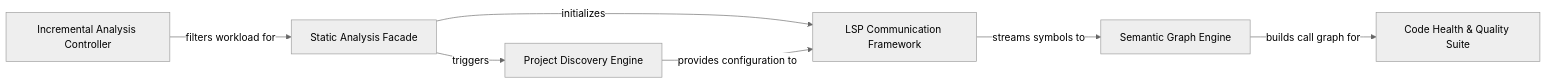
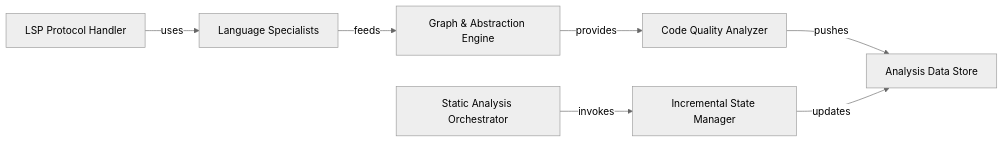
Before and after one commit to CodeBoarding/CodeBoarding: the diagram in .codeboarding/Static_Code_Analyzer.md, drawn with Mermaid (neutral theme). The commit also changed other lines of this file and 6 other files, not shown here.

````diff
--- a/.codeboarding/Static_Code_Analyzer.md
+++ b/.codeboarding/Static_Code_Analyzer.md
@@ -1,15 +1,16 @@
 ```mermaid
 graph LR
-    Static_Analysis_Facade["Static Analysis Facade"]
-    Project_Discovery_Engine["Project Discovery Engine"]
-    LSP_Communication_Framework["LSP Communication Framework"]
-    Semantic_Graph_Engine["Semantic Graph Engine"]
-    Code_Health_Quality_Suite["Code Health & Quality Suite"]
-    Incremental_Analysis_Controller["Incremental Analysis Controller"]
-    Static_Analysis_Facade -- "triggers" --> Project_Discovery_Engine
-    Static_Analysis_Facade -- "initializes" --> LSP_Communication_Framework
-    Project_Discovery_Engine -- "provides configuration to" --> LSP_Communication_Framework
-    LSP_Communication_Framework -- "streams symbols to" --> Semantic_Graph_Engine
-    Semantic_Graph_Engine -- "builds call graph for" --> Code_Health_Quality_Suite
-    Incremental_Analysis_Controller -- "filters workload for" --> Static_Analysis_Facade
+    Static_Analysis_Orchestrator["Static Analysis Orchestrator"]
+    LSP_Protocol_Handler["LSP Protocol Handler"]
+    Language_Specialists["Language Specialists"]
+    Incremental_State_Manager["Incremental State Manager"]
+    Graph_Abstraction_Engine["Graph & Abstraction Engine"]
+    Code_Quality_Analyzer["Code Quality Analyzer"]
+    Analysis_Data_Store["Analysis Data Store"]
+    Static_Analysis_Orchestrator -- "invokes" --> Incremental_State_Manager
+    LSP_Protocol_Handler -- "uses" --> Language_Specialists
+    Language_Specialists -- "feeds" --> Graph_Abstraction_Engine
+    Graph_Abstraction_Engine -- "provides" --> Code_Quality_Analyzer
+    Code_Quality_Analyzer -- "pushes" --> Analysis_Data_Store
+    Incremental_State_Manager -- "updates" --> Analysis_Data_Store
 ```
````
